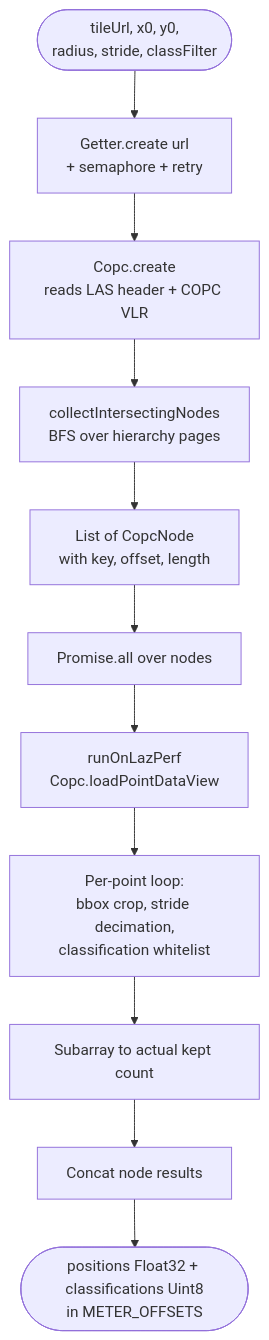
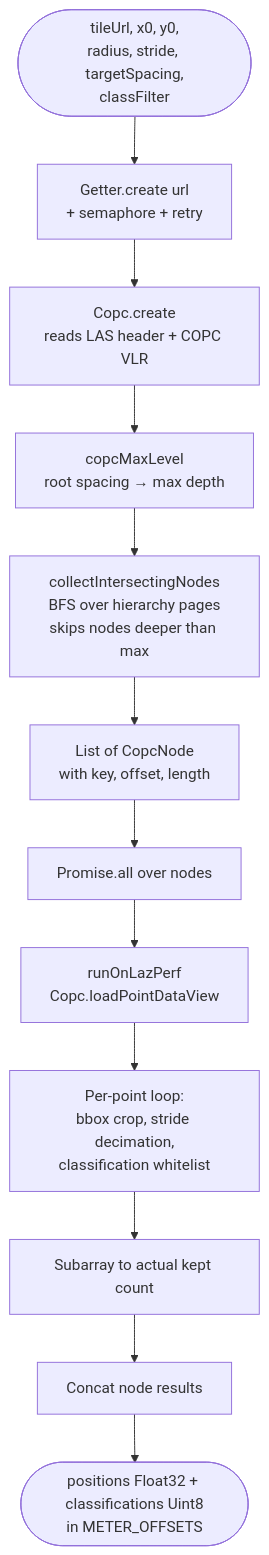
Before and after one commit to Plonk42/open-cairn: the third of 7 diagrams in docs/LIDAR_PIPELINE.md, drawn with Mermaid. The commit also changed other lines of this file and 11 other files, not shown here.

````diff
--- a/docs/LIDAR_PIPELINE.md
+++ b/docs/LIDAR_PIPELINE.md
@@ -214,13 +252,14 @@
 ```mermaid
 flowchart TD
-    T([tileUrl, x0, y0,<br/>radius, stride, classFilter]) --> G[Getter.create url<br/>+ semaphore + retry]
+    T([tileUrl, x0, y0,<br/>radius, stride, targetSpacing,<br/>classFilter]) --> G[Getter.create url<br/>+ semaphore + retry]
     G --> H[Copc.create<br/>reads LAS header + COPC VLR]
-    H --> WALK[collectIntersectingNodes<br/>BFS over hierarchy pages]
+    H --> LVL[copcMaxLevel<br/>root spacing → max depth]
+    LVL --> WALK[collectIntersectingNodes<br/>BFS over hierarchy pages<br/>skips nodes deeper than max]
     WALK --> NODES[List of CopcNode<br/>with key, offset, length]
     NODES --> PAR[Promise.all over nodes]
     PAR --> DEC[runOnLazPerf<br/>Copc.loadPointDataView]
     DEC --> FILT[Per-point loop:<br/>bbox crop, stride decimation,<br/>classification whitelist]
     FILT --> SUB[Subarray to actual kept count]
     SUB --> AGG[Concat node results]
     AGG --> OUT([positions Float32 + classifications Uint8<br/>in METER_OFFSETS])
 ```
````
